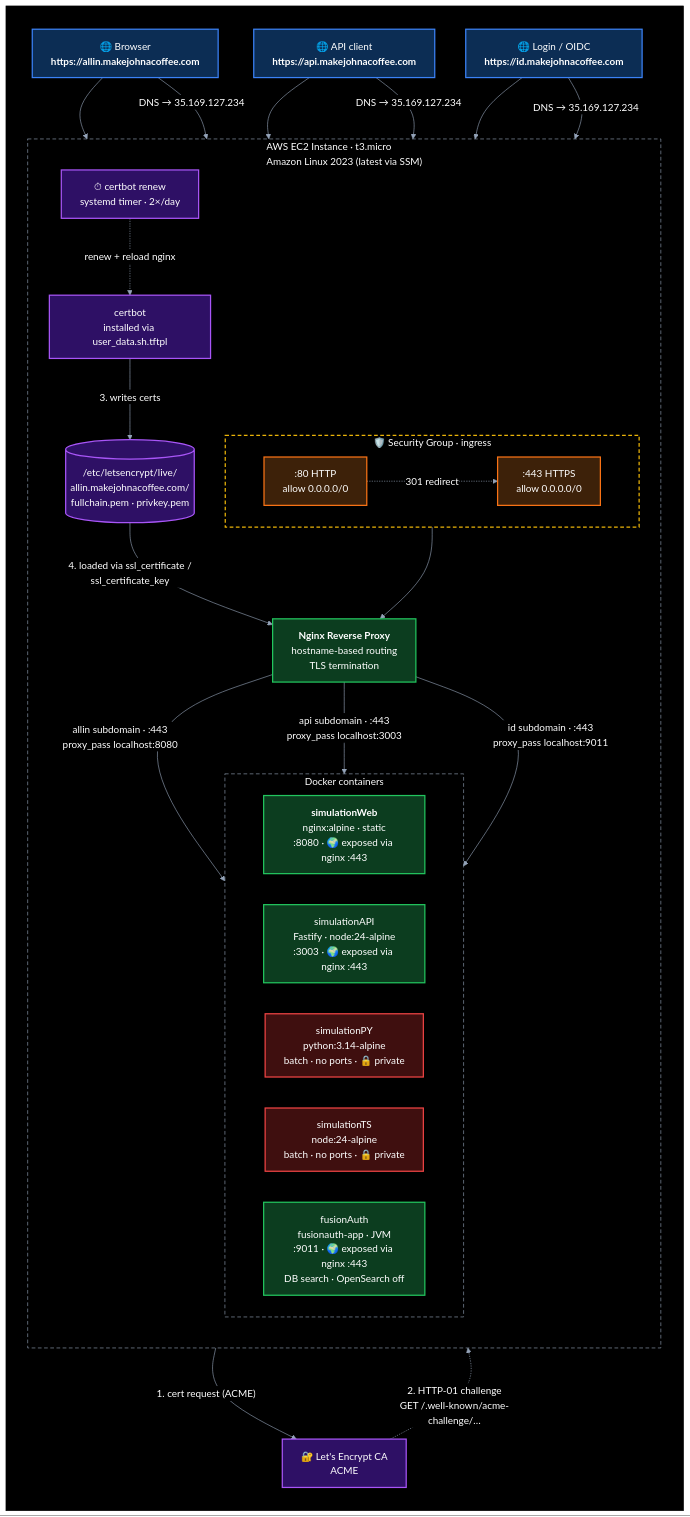
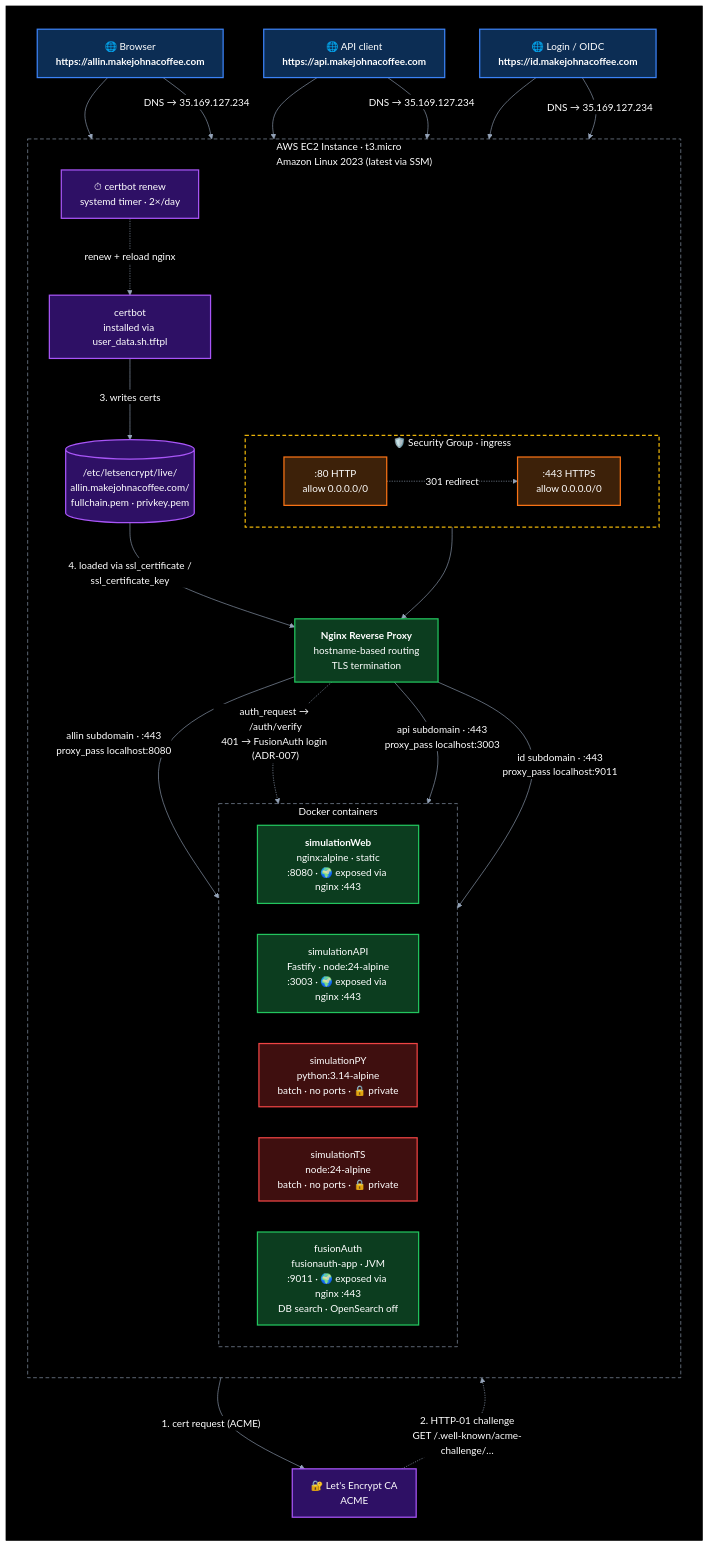
The diagram in README.md (jbframe/big-equity), drawn with Mermaid before and after one commit. The commit also changed other lines of this file and 10 other files, not shown here.

First line of the commit message:
Gate the app SPA behind a FusionAuth login (ADR-007)

````diff
--- a/README.md
+++ b/README.md
@@ -38,76 +38,77 @@
 ```mermaid
 %%{init: {'themeVariables': {'edgeLabelBackground': '#000000'}}}%%
 graph TD
     subgraph BG[" "]
     direction TB
     Client["🌐 Browser<br/><b>https://allin.makejohnacoffee.com</b>"]
     APIClient["🌐 API client<br/><b>https://api.makejohnacoffee.com</b>"]
     AuthClient["🌐 Login / OIDC<br/><b>https://id.makejohnacoffee.com</b>"]
     LE["🔐 Let's Encrypt CA<br/>ACME"]
 
     Client --> Port80
     Client -- "DNS → 35.169.127.234" --> Port443
     APIClient --> Port80
     APIClient -- "DNS → 35.169.127.234" --> Port443
     AuthClient --> Port80
     AuthClient -- "DNS → 35.169.127.234" --> Port443
 
     subgraph EC2["AWS EC2 Instance · t3.micro<br/>Amazon Linux 2023 (latest via SSM)"]
         direction TB
 
         subgraph SG["🛡️ Security Group · ingress"]
             direction LR
             Port80[":80 HTTP<br/>allow 0.0.0.0/0"]
             Port443[":443 HTTPS<br/>allow 0.0.0.0/0"]
         end
         Port80 -. "301 redirect" .-> Port443
 
         Nginx["<b>Nginx Reverse Proxy</b><br/>hostname-based routing<br/>TLS termination"]
         Port443 --> Nginx
 
         Certbot["certbot<br/>installed via user_data.sh.tftpl"]
         Certs[("/etc/letsencrypt/live/<br/>allin.makejohnacoffee.com/<br/>fullchain.pem · privkey.pem")]
         Timer["⏱ certbot renew<br/>systemd timer · 2×/day"]
 
         subgraph Docker["Docker containers"]
             direction LR
             Web["<b>simulationWeb</b><br/>nginx:alpine · static<br/>:8080 · 🌍 exposed via nginx :443"]
             API["simulationAPI<br/>Fastify · node:24-alpine<br/>:3003 · 🌍 exposed via nginx :443"]
             PY["simulationPY<br/>python:3.14-alpine<br/>batch · no ports · 🔒 private"]
             TS["simulationTS<br/>node:24-alpine<br/>batch · no ports · 🔒 private"]
             Auth["fusionAuth<br/>fusionauth-app · JVM<br/>:9011 · 🌍 exposed via nginx :443<br/>DB search · OpenSearch off"]
         end
 
         Nginx -- "allin subdomain · :443<br/>proxy_pass localhost:8080" --> Web
+        Nginx -. "auth_request → /auth/verify<br/>401 → FusionAuth login (ADR-007)" .-> API
         Nginx -- "api subdomain · :443<br/>proxy_pass localhost:3003" --> API
         Nginx -- "id subdomain · :443<br/>proxy_pass localhost:9011" --> Auth
     end
 
     Certbot -- "1. cert request (ACME)" --> LE
     LE -. "2. HTTP-01 challenge<br/>GET /.well-known/acme-challenge/…" .-> Port80
     Certbot -- "3. writes certs" --> Certs
     Certs -- "4. loaded via ssl_certificate /<br/>ssl_certificate_key" --> Nginx
     Timer -. "renew + reload nginx" .-> Certbot
     end
 
     style BG fill:#000000,stroke:#000000
     style Client fill:#0c2d54,stroke:#3b82f6,stroke-width:2px,color:#ffffff
     style APIClient fill:#0c2d54,stroke:#3b82f6,stroke-width:2px,color:#ffffff
     style AuthClient fill:#0c2d54,stroke:#3b82f6,stroke-width:2px,color:#ffffff
     style LE fill:#2e1065,stroke:#a855f7,stroke-width:2px,color:#ffffff
     style Port80 fill:#3d2109,stroke:#f97316,stroke-width:2px,color:#ffffff
     style Port443 fill:#3d2109,stroke:#f97316,stroke-width:2px,color:#ffffff
     style Nginx fill:#0c3d1f,stroke:#22c55e,stroke-width:2px,color:#ffffff
     style Web fill:#0c3d1f,stroke:#22c55e,stroke-width:2px,color:#ffffff
     style API fill:#0c3d1f,stroke:#22c55e,stroke-width:2px,color:#ffffff
     style Auth fill:#0c3d1f,stroke:#22c55e,stroke-width:2px,color:#ffffff
     style PY fill:#3f0f0f,stroke:#ef4444,stroke-width:2px,color:#ffffff
     style TS fill:#3f0f0f,stroke:#ef4444,stroke-width:2px,color:#ffffff
     style Certbot fill:#2e1065,stroke:#a855f7,stroke-width:2px,color:#ffffff
     style Certs fill:#2e1065,stroke:#a855f7,stroke-width:2px,color:#ffffff
     style Timer fill:#2e1065,stroke:#a855f7,stroke-width:2px,color:#ffffff
     style EC2 fill:transparent,stroke:#94a3b8,stroke-dasharray:6 4,color:#ffffff
     style SG fill:transparent,stroke:#eab308,stroke-dasharray:6 4,stroke-width:2px,color:#ffffff
     style Docker fill:transparent,stroke:#94a3b8,stroke-dasharray:6 4,color:#ffffff
     linkStyle default stroke:#94a3b8,color:#ffffff
 ```
````
